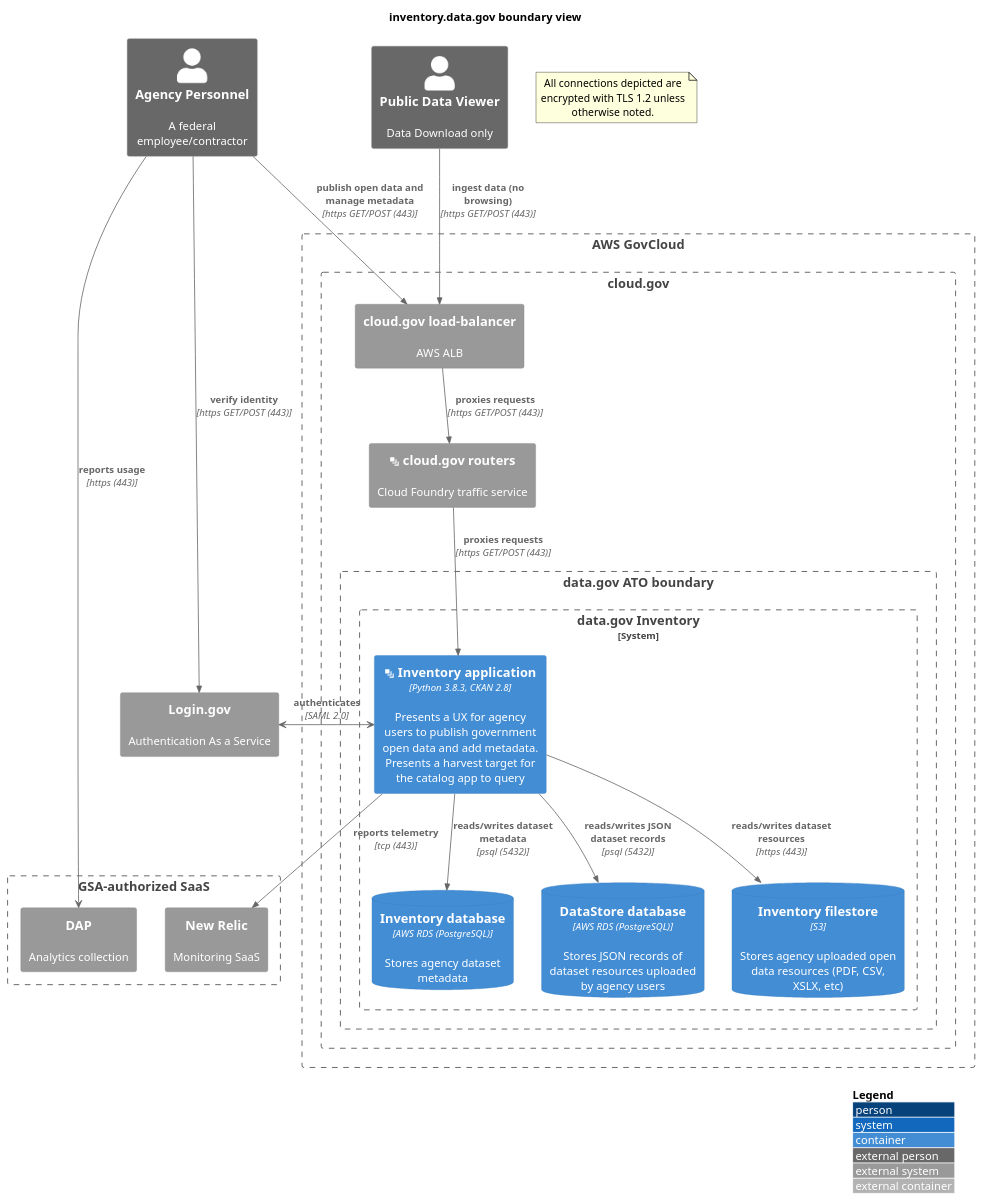
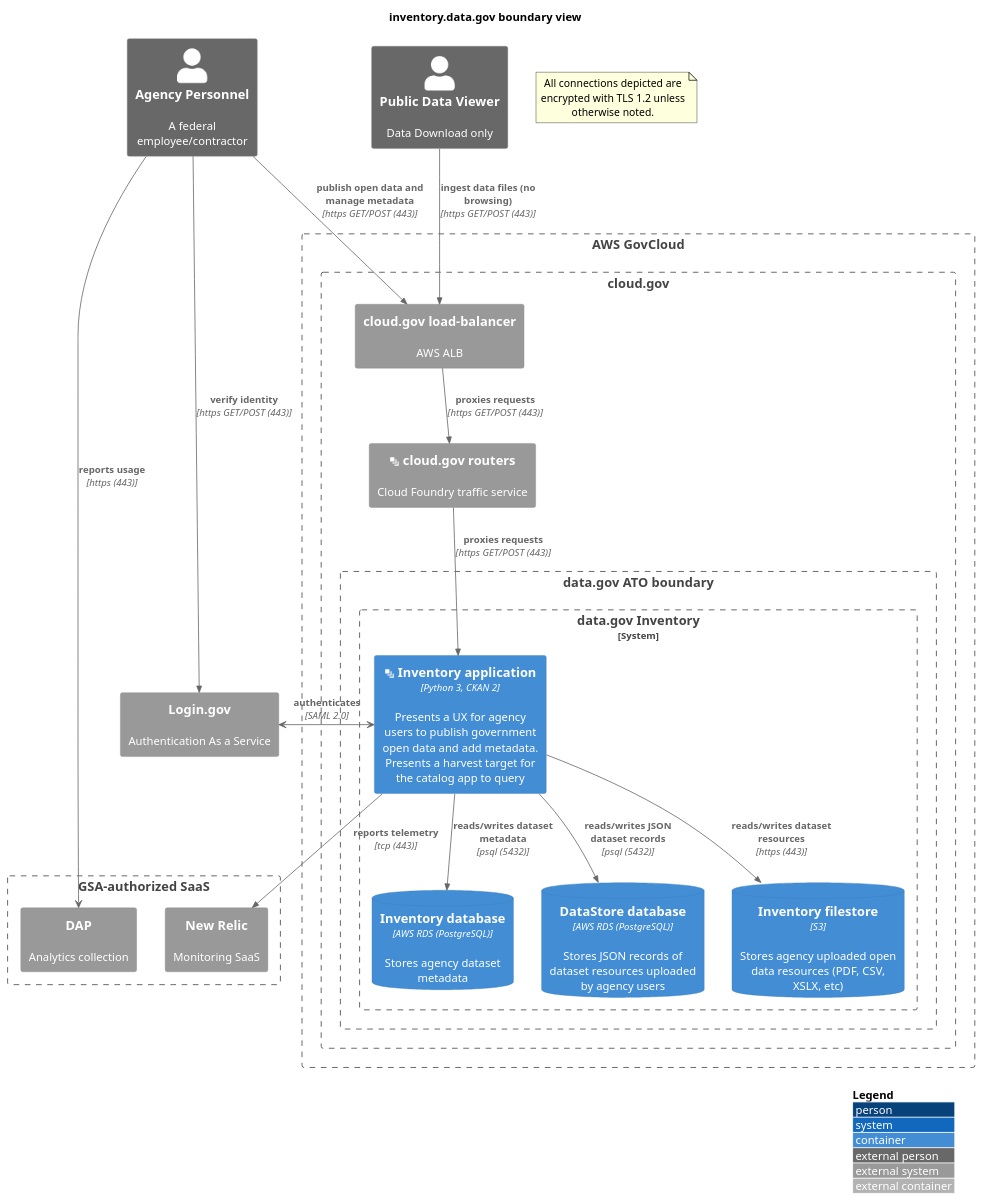
One commit to GSA/datagov-compliance changed the diagram in apps/inventory.boundary.md. Above: the diagram before and after it, drawn with PlantUML. The commit also changed 11 other files, not shown here.

````diff
--- a/apps/inventory.boundary.md
+++ b/apps/inventory.boundary.md
@@ -3,44 +3,45 @@
 ```plantuml
+@startuml
 !include https://raw.githubusercontent.com/plantuml-stdlib/C4-PlantUML/master/C4_Container.puml
 ' uncomment the following line and comment the first to use locally
 ' !include C4_Container.puml
 LAYOUT_WITH_LEGEND()
 title inventory.data.gov boundary view
 Person_Ext(personnel, "Agency Personnel", "A federal employee/contractor")
 Person_Ext(public_user, "Public Data Viewer", "Data Download only")
 note as EncryptionNote
 All connections depicted are encrypted with TLS 1.2 unless otherwise noted.
 end note
 Boundary(aws, "AWS GovCloud") {
     Boundary(cloudgov, "cloud.gov") {
         System_Ext(aws_alb, "cloud.gov load-balancer", "AWS ALB")
         System_Ext(cloudgov_router, "<&layers> cloud.gov routers", "Cloud Foundry traffic service")
         Boundary(atob, "data.gov ATO boundary") {
             System_Boundary(inventory, "data.gov Inventory") {
-                Container(inventory_app, "<&layers> Inventory application", "Python 3.8.3, CKAN 2.8", "Presents a UX for agency users to publish government open data and add metadata. Presents a harvest target for the catalog app to query")
+                Container(inventory_app, "<&layers> Inventory application", "Python 3, CKAN 2", "Presents a UX for agency users to publish government open data and add metadata. Presents a harvest target for the catalog app to query")
                 ContainerDb(inventory_db, "Inventory database", "AWS RDS (PostgreSQL)", "Stores agency dataset metadata")
                 ContainerDb(datastore_db, "DataStore database", "AWS RDS (PostgreSQL)", "Stores JSON records of dataset resources uploaded by agency users")
                 ContainerDb(inventory_s3, "Inventory filestore", "S3", "Stores agency uploaded open data resources (PDF, CSV, XSLX, etc)")
             }
         }
     }
 }
 System_Ext(Login.gov, "Login.gov", "Authentication As a Service")
 Boundary(gsa_saas, "GSA-authorized SaaS") {
     System_Ext(dap, "DAP", "Analytics collection")
     System_Ext(newrelic, "New Relic", "Monitoring SaaS")
 }
 personnel -> dap : **reports usage** \n//[https (443)]//
 Rel(inventory_app, newrelic, "reports telemetry", "tcp (443)")
 Rel(personnel, aws_alb, "publish open data and manage metadata", "https GET/POST (443)")
-Rel(public_user, aws_alb, "ingest data (no browsing)", "https GET/POST (443)")
+Rel(public_user, aws_alb, "ingest data files (no browsing)", "https GET/POST (443)")
 Rel(aws_alb, cloudgov_router, "proxies requests", "https GET/POST (443)")
 Rel(cloudgov_router, inventory_app, "proxies requests", "https GET/POST (443)")
 inventory_app <-> Login.gov : **authenticates** \n//[SAML 2.0]//
 'Rel(inventory_app, Login.gov, "authenticates", "SAML 2.0")
 Rel(personnel, Login.gov, "verify identity", "https GET/POST (443)")
 Rel(inventory_app, inventory_db, "reads/writes dataset metadata", "psql (5432)")
 Rel(inventory_app, datastore_db, "reads/writes JSON dataset records", "psql (5432)")
 Rel(inventory_app, inventory_s3, "reads/writes dataset resources", "https (443)")
 @enduml
 ```
````
